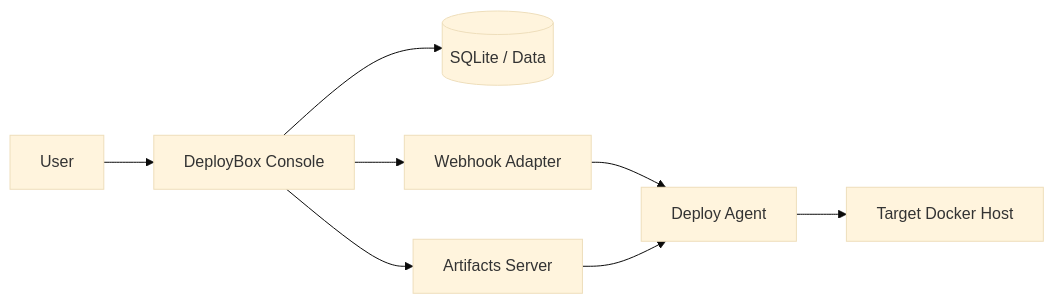
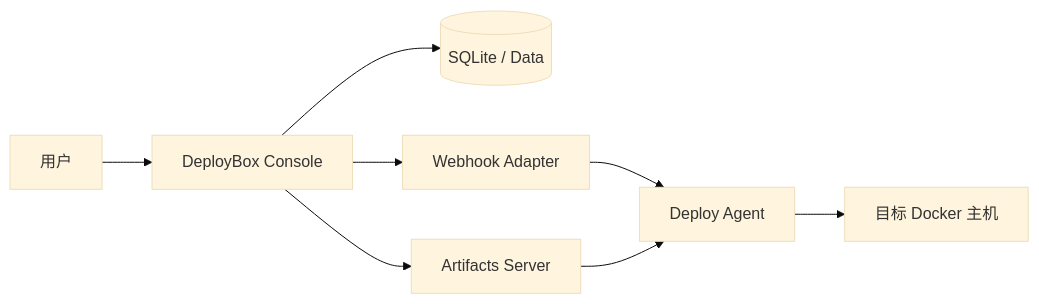
Before and after one commit to inteye/deploy-box: the first of 2 diagrams in README.md, drawn with Mermaid (base theme). The commit also changed other lines of this file and 2 other files, not shown here.

````diff
--- a/README.md
+++ b/README.md
@@ -34,10 +32,10 @@
 ```mermaid
 flowchart LR
-    U[User] --> C[DeployBox Console]
+    U[用户] --> C[DeployBox Console]
     C --> DB[(SQLite / Data)]
     C --> A[Artifacts Server]
     C --> W[Webhook Adapter]
     W --> R[Deploy Agent]
-    R --> H[Target Docker Host]
+    R --> H[目标 Docker 主机]
     A --> R
 ```
````
